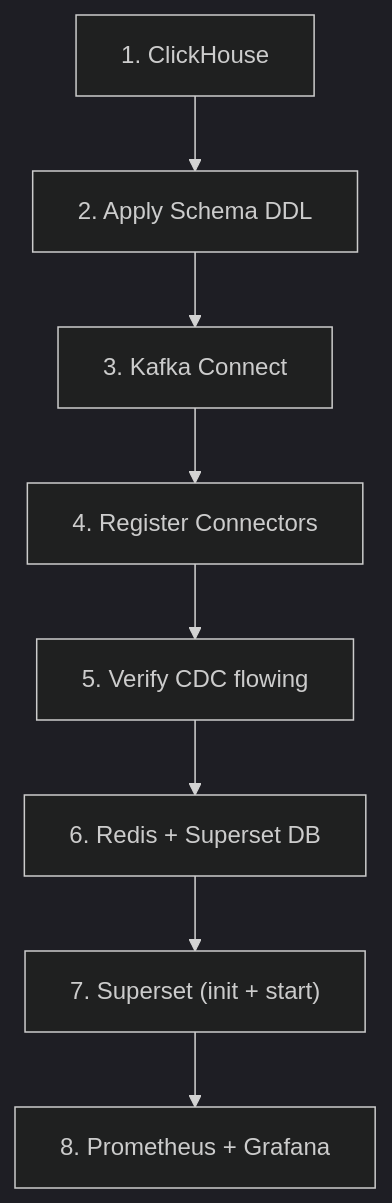
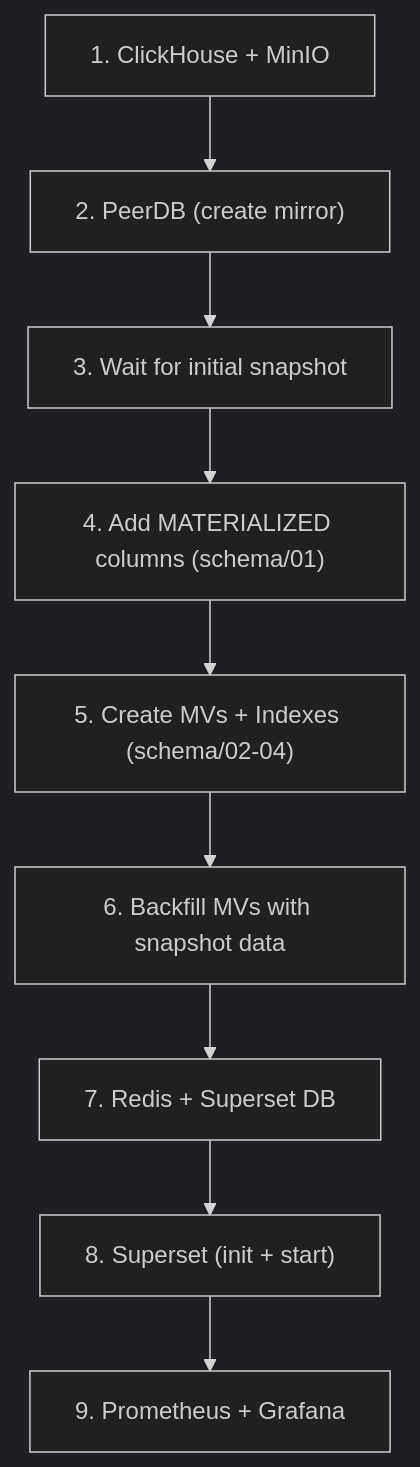
One commit to Jayaprakash8887/cce-data-pipeline changed the diagram in docs/deployment-guide.md. Above: the diagram before and after it, drawn with Mermaid (dark theme). The commit also changed other lines of this file and 33 other files, not shown here.

````diff
--- a/docs/deployment-guide.md
+++ b/docs/deployment-guide.md
@@ -200,10 +179,11 @@
 ```mermaid
 flowchart TD
-    A["1. ClickHouse"] --> B["2. Apply Schema DDL"]
-    B --> C["3. Kafka Connect"]
-    C --> D["4. Register Connectors"]
-    D --> E["5. Verify CDC flowing"]
-    E --> F["6. Redis + Superset DB"]
-    F --> G["7. Superset (init + start)"]
-    G --> H["8. Prometheus + Grafana"]
+    A["1. ClickHouse + MinIO"] --> B["2. PeerDB (create mirror)"]
+    B --> C["3. Wait for initial snapshot"]
+    C --> D["4. Add MATERIALIZED columns (schema/01)"]
+    D --> E["5. Create MVs + Indexes (schema/02-04)"]
+    E --> F["6. Backfill MVs with snapshot data"]
+    F --> G["7. Redis + Superset DB"]
+    G --> H["8. Superset (init + start)"]
+    H --> I["9. Prometheus + Grafana"]
 ```
````
